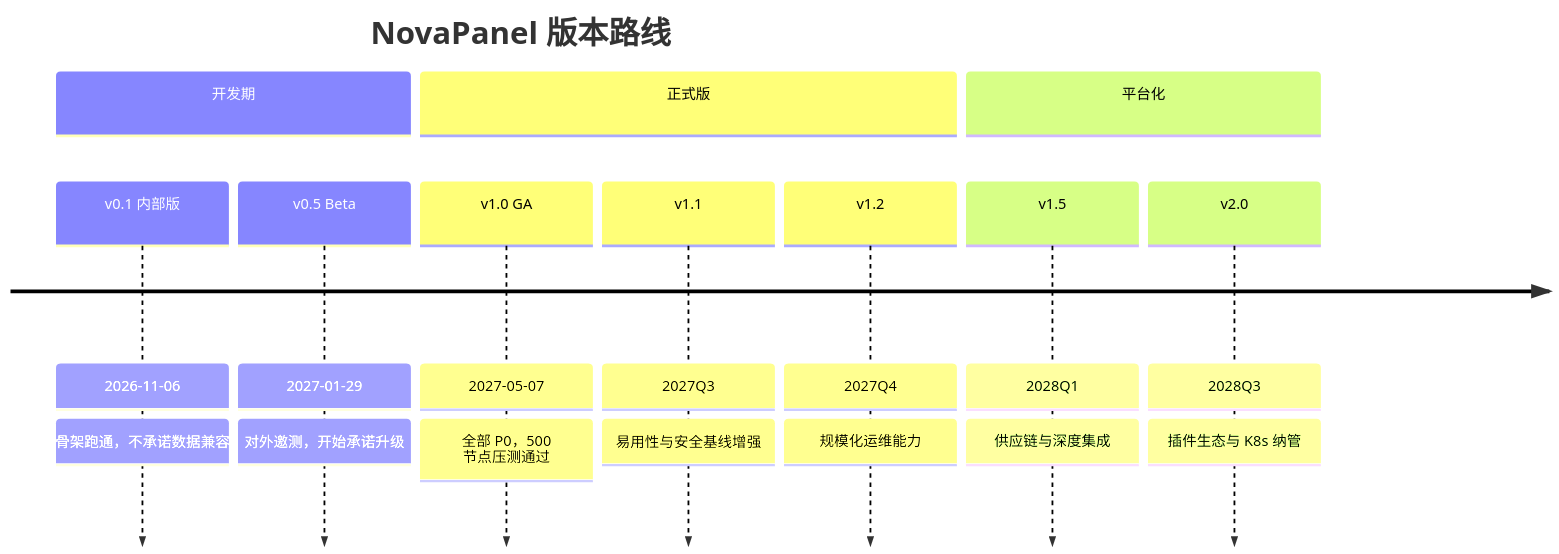
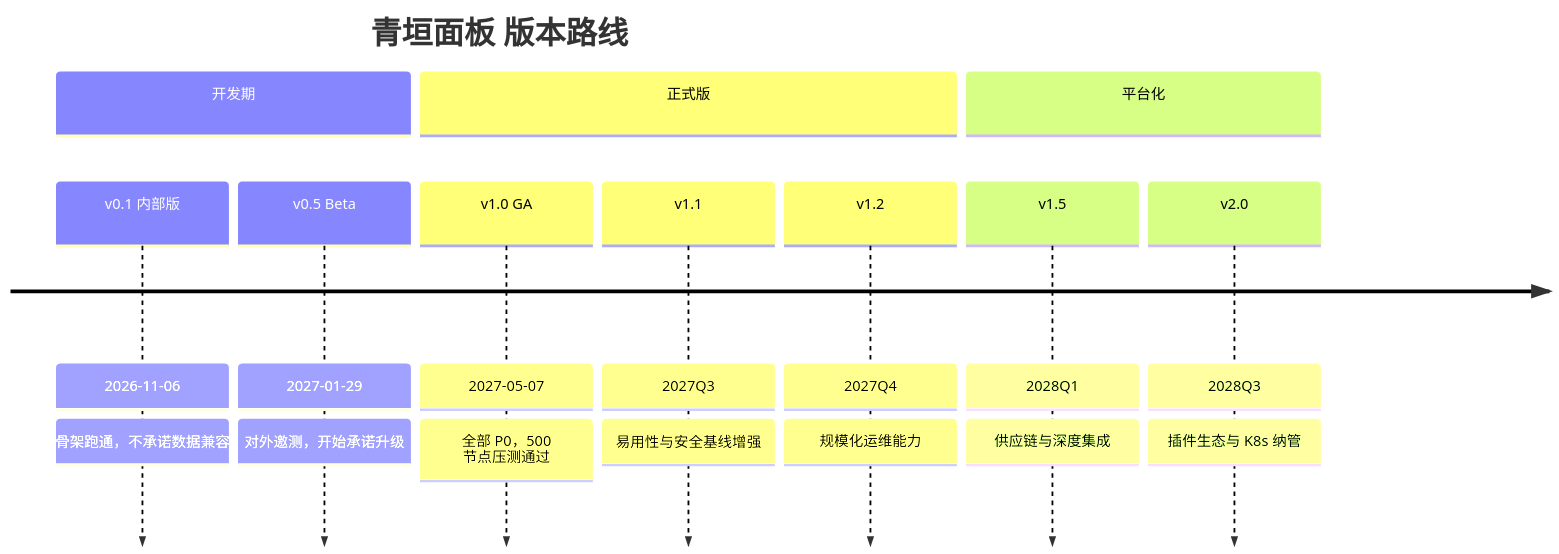
Before and after one commit to Austin128/BHmb: the first of 4 diagrams in docs/16-里程碑与迭代排期.md, drawn with Mermaid. The commit also changed other lines of this file and 16 other files, not shown here.

````diff
--- a/docs/16-里程碑与迭代排期.md
+++ b/docs/16-里程碑与迭代排期.md
@@ -90,14 +90,14 @@
 ```mermaid
 timeline
-    title NovaPanel 版本路线
+    title 青垣面板 版本路线
     section 开发期
         v0.1 内部版 : 2026-11-06 : 骨架跑通，不承诺数据兼容
         v0.5 Beta : 2027-01-29 : 对外邀测，开始承诺升级
     section 正式版
         v1.0 GA : 2027-05-07 : 全部 P0，500 节点压测通过
         v1.1 : 2027Q3 : 易用性与安全基线增强
         v1.2 : 2027Q4 : 规模化运维能力
     section 平台化
         v1.5 : 2028Q1 : 供应链与深度集成
         v2.0 : 2028Q3 : 插件生态与 K8s 纳管
 ```
````
